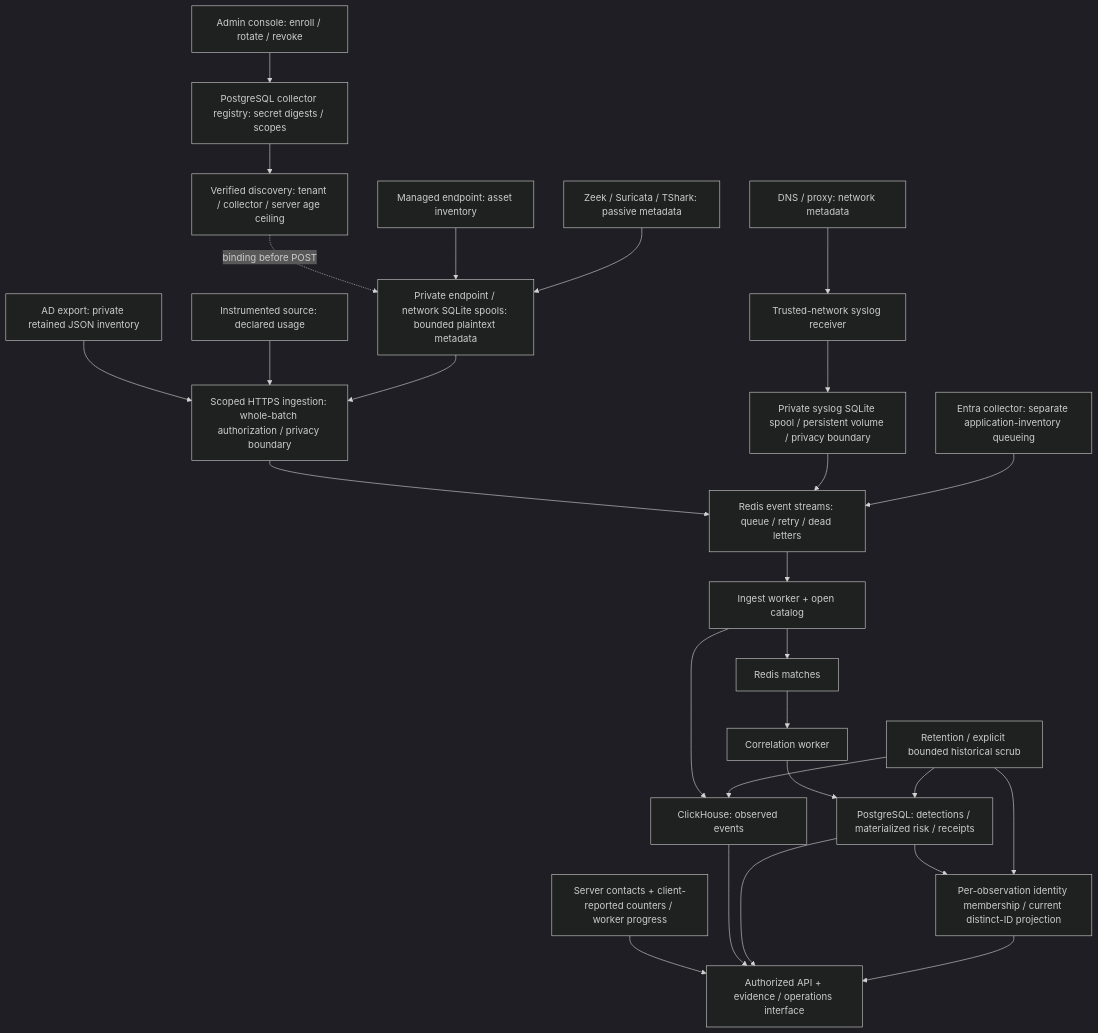
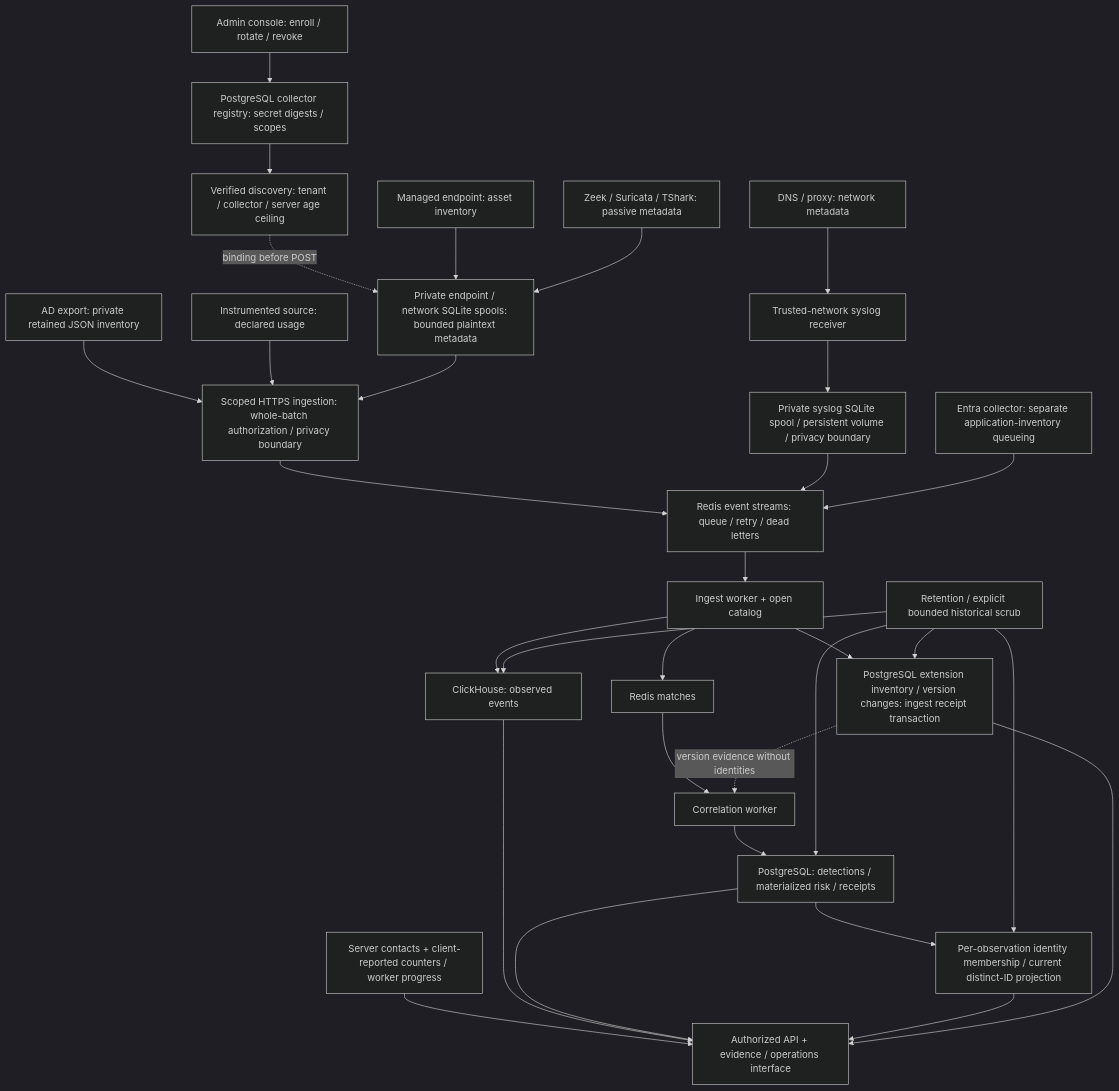
The diagram in docs/architecture.md (alebgl77/open-shadow-ai), drawn with Mermaid (dark theme) before and after one commit. The commit also changed other lines of this file and 124 other files, not shown here.

First line of the commit message:
Inventory browser extensions by user and profile with version history

````diff
--- a/docs/architecture.md
+++ b/docs/architecture.md
@@ -7,29 +7,33 @@
 ```mermaid
 flowchart TD
     ADMIN["Admin console: enroll / rotate / revoke"] --> REG["PostgreSQL collector registry: secret digests / scopes"]
     REG --> DISC["Verified discovery: tenant / collector / server age ceiling"]
     DISC -. binding before POST .-> HTTPQ["Private endpoint / network SQLite spools: bounded plaintext metadata"]
     AD["AD export: private retained JSON inventory"] --> API["Scoped HTTPS ingestion: whole-batch authorization / privacy boundary"]
     EP["Managed endpoint: asset inventory"] --> HTTPQ
     IN["Instrumented source: declared usage"] --> API
     NM["Zeek / Suricata / TShark: passive metadata"] --> HTTPQ
     HTTPQ --> API
     NP["DNS / proxy: network metadata"] --> SYS["Trusted-network syslog receiver"]
     API --> Q["Redis event streams: queue / retry / dead letters"]
     SYS --> SYSQ["Private syslog SQLite spool / persistent volume / privacy boundary"]
     SYSQ --> Q
     EN["Entra collector: separate application-inventory queueing"] --> Q
     Q --> MATCH["Ingest worker + open catalog"]
     MATCH --> CH["ClickHouse: observed events"]
     MATCH --> MQ["Redis matches"]
+    MATCH --> INV["PostgreSQL extension inventory / version changes: ingest receipt transaction"]
     MQ --> COR["Correlation worker"]
     COR --> PG["PostgreSQL: detections / materialized risk / receipts"]
     PG --> MEMBERS["Per-observation identity membership / current distinct-ID projection"]
+    INV -. version evidence without identities .-> COR
     RET["Retention / explicit bounded historical scrub"] --> CH
     RET --> PG
     RET --> MEMBERS
+    RET --> INV
     OPS["Server contacts + client-reported counters / worker progress"] --> VIEW["Authorized API + evidence / operations interface"]
     CH --> VIEW
     PG --> VIEW
     MEMBERS --> VIEW
+    INV --> VIEW
 ```
````
